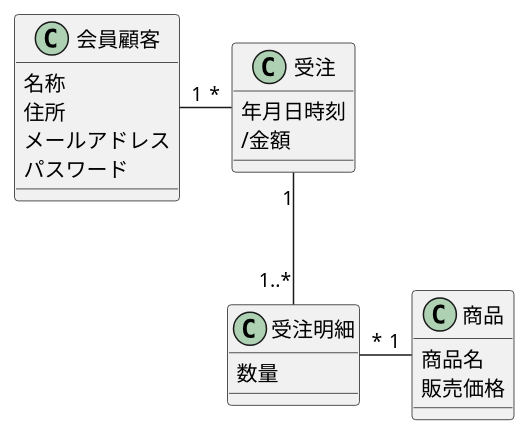
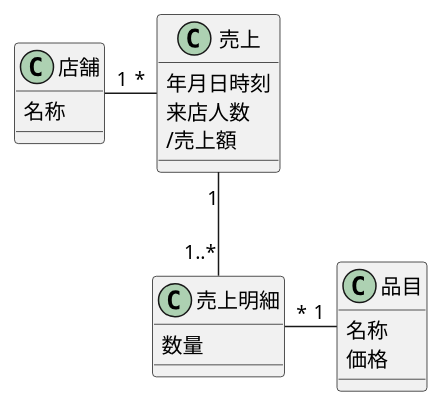
Before and after one commit to yinm/uml-modeling-lesson: the diagram in ch06/sample.puml, drawn with PlantUML.

Commit message:
Add lesson17

```diff
--- a/ch06/sample.puml
+++ b/ch06/sample.puml
@@ -1,28 +1,26 @@
 @startuml
 
-class 会員顧客 {
+class 店舗 {
   名称
-  住所
-  メールアドレス
-  パスワード
 }
 
-class 受注 {
+class 売上 {
   年月日時刻
-  /金額
+  来店人数
+  /売上額
 }
 
-class 受注明細 {
+class 売上明細 {
   数量
 }
 
-class 商品 {
-  商品名
-  販売価格
+class 品目 {
+  名称
+  価格
 }
 
-会員顧客 "1"-right-"*" 受注
-受注 "1"--"1..*" 受注明細
-受注明細 "*"-right-"1" 商品
+店舗 "1"--right--"*" 売上
+売上 "1"--"1..*" 売上明細
+売上明細 "*"-right-"1" 品目
 
 @enduml
```
